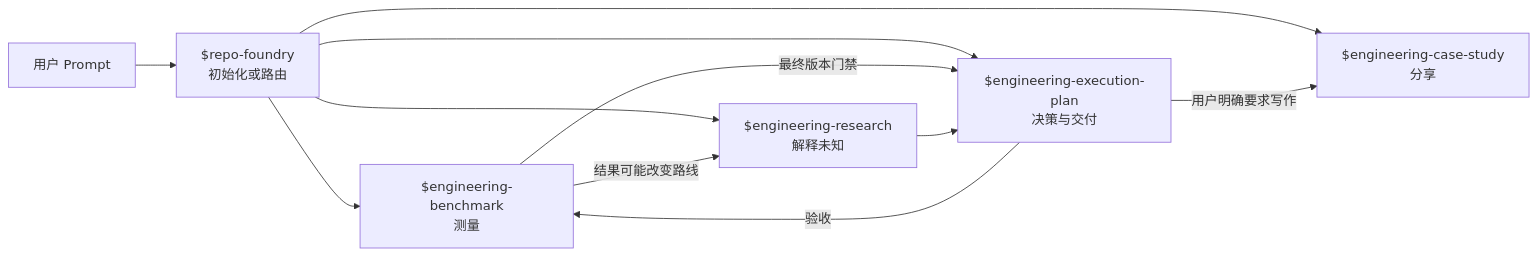
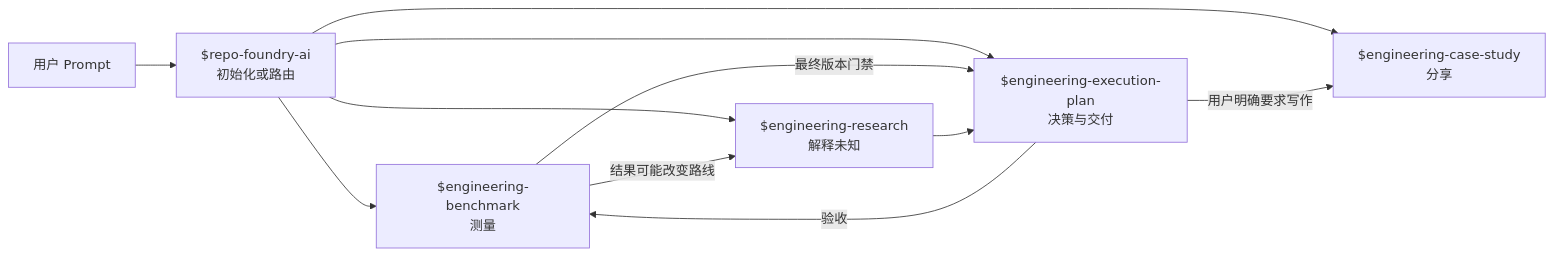
Before and after one commit to XiaoWeiKIN/RepoFoundryAI: the first of 3 diagrams in examples/README.zh-CN.md, drawn with Mermaid. The commit also changed other lines of this file and 18 other files, not shown here.

Commit message:
feat: align RepoFoundry AI skill name

````diff
--- a/examples/README.zh-CN.md
+++ b/examples/README.zh-CN.md
@@ -10,13 +10,13 @@
 ```mermaid
 flowchart LR
-    U["用户 Prompt"] --> W["$repo-foundry<br/>初始化或路由"]
+    U["用户 Prompt"] --> W["$repo-foundry-ai<br/>初始化或路由"]
     W --> B["$engineering-benchmark<br/>测量"]
     W --> R["$engineering-research<br/>解释未知"]
     W --> E["$engineering-execution-plan<br/>决策与交付"]
     W --> C["$engineering-case-study<br/>分享"]
     B -->|"结果可能改变路线"| R
     B -->|"最终版本门禁"| E
     R --> E
     E -->|"验收"| B
     E -->|"用户明确要求写作"| C
 ```
````
